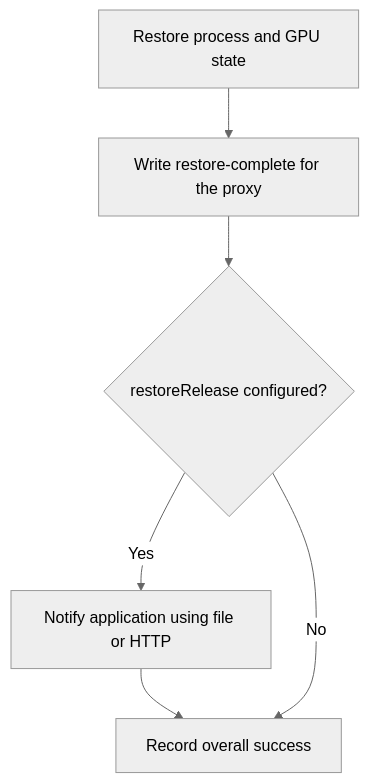
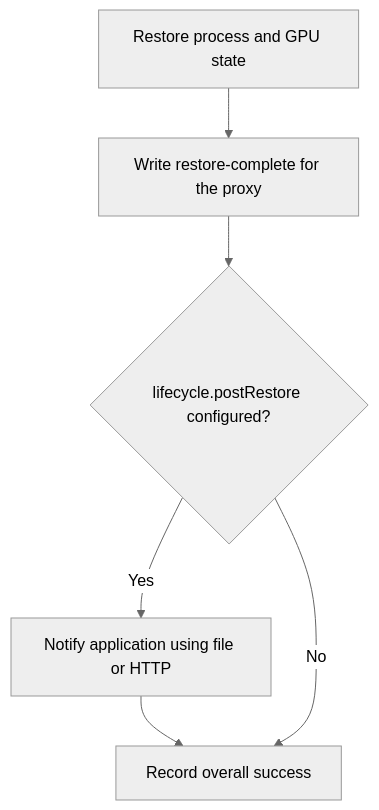
One commit to ai-dynamo/snapshot changed the second of 2 diagrams in docs/proposals/411-application-lifecycle-hooks/README.md. Above: the diagram before and after it, drawn with Mermaid (neutral theme). The commit also changed other lines of this file, not shown here.

Commit message:
docs(proposals): separate checkpoint probe and postRestore lifecycle hook

````diff
--- a/docs/proposals/411-application-lifecycle-hooks/README.md
+++ b/docs/proposals/411-application-lifecycle-hooks/README.md
@@ -362,8 +361,8 @@
 ```mermaid
 flowchart TD
     A[Restore process and GPU state] --> P[Write restore-complete for the proxy]
-    P --> B{restoreRelease configured?}
+    P --> B{lifecycle.postRestore configured?}
     B -->|Yes| C[Notify application using file or HTTP]
     C --> D[Record overall success]
     B -->|No| D
 ```
````
